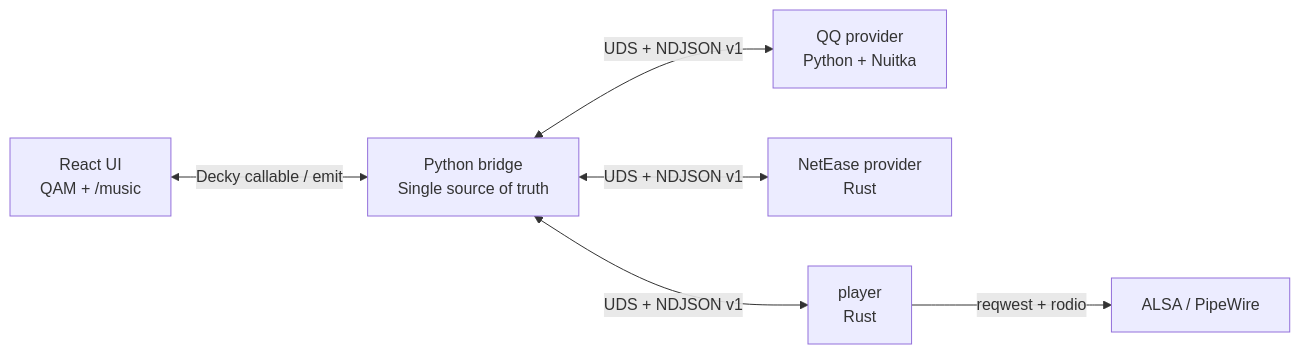
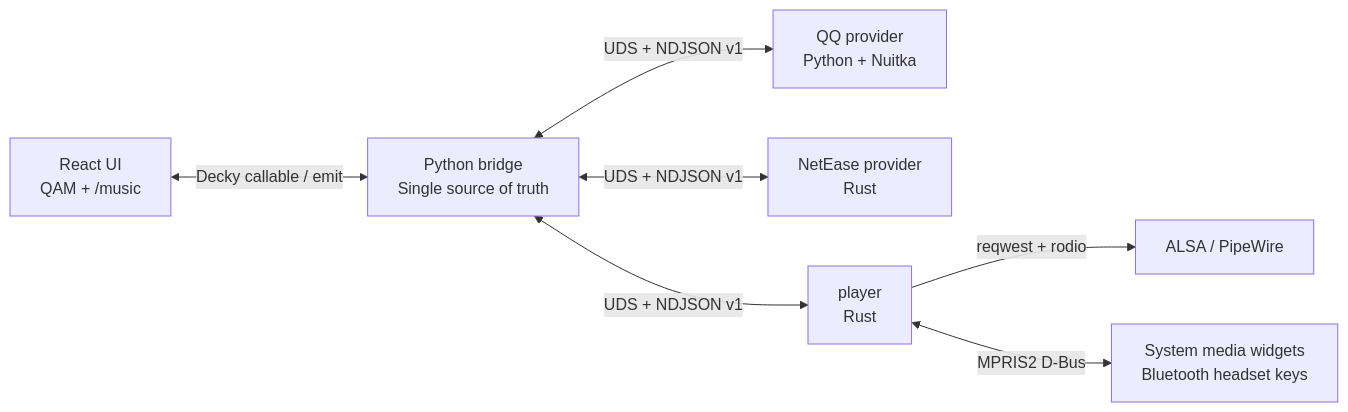
The diagram in README_EN.md (jinzhongjia/decky-music), drawn with Mermaid before and after one commit. The commit also changed other lines of this file and 1 other file, not shown here.

````diff
--- a/README_EN.md
+++ b/README_EN.md
@@ -126,8 +157,9 @@
 ```mermaid
 graph LR
   UI[React UI<br/>QAM + /music] <-->|Decky callable / emit| BR[Python bridge<br/>Single source of truth]
   BR <-->|UDS + NDJSON v1| QQ[QQ provider<br/>Python + Nuitka]
   BR <-->|UDS + NDJSON v1| NCM[NetEase provider<br/>Rust]
   BR <-->|UDS + NDJSON v1| PLAYER[player<br/>Rust]
   PLAYER -->|reqwest + rodio| AUDIO[ALSA / PipeWire]
+  PLAYER <-->|MPRIS2 D-Bus| MEDIA[System media widgets<br/>Bluetooth headset keys]
 ```
````
